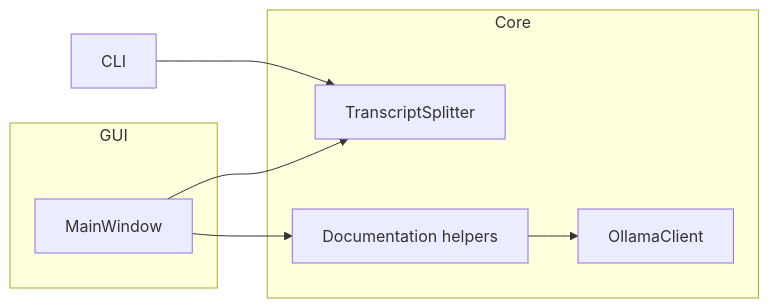
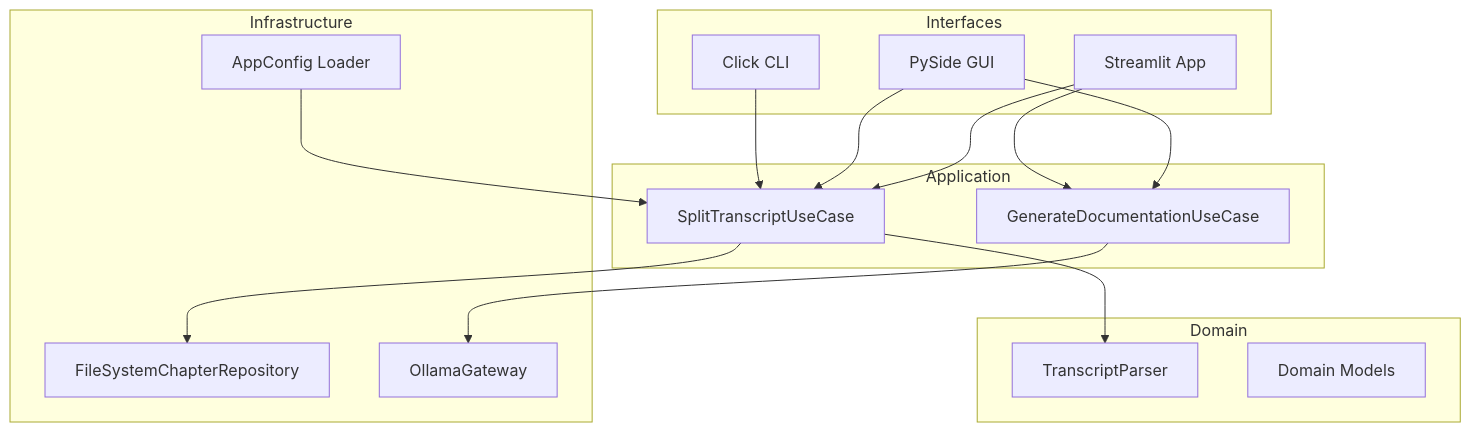
One commit to CagriCatik/Docalypt changed the diagram in docs/ARCHITECTURE.md. Above: the diagram before and after it, drawn with Mermaid. The commit also changed other lines of this file and 77 other files, not shown here.

Commit message:
Refactor architecture and add Streamlit interface

````diff
--- a/docs/ARCHITECTURE.md
+++ b/docs/ARCHITECTURE.md
@@ -13,19 +6,34 @@
 ```mermaid
-graph LR
-    subgraph Core
-        S[TranscriptSplitter]
-        D[Documentation helpers]
-        O[OllamaClient]
+graph TD
+    subgraph Domain
+        Parser[TranscriptParser]
+        Models[Domain Models]
     end
 
-    subgraph GUI
-        MW[MainWindow]
+    subgraph Application
+        SplitUseCase[SplitTranscriptUseCase]
+        DocsUseCase[GenerateDocumentationUseCase]
     end
 
-    CLI[CLI]
+    subgraph Infrastructure
+        Repo[FileSystemChapterRepository]
+        Config[AppConfig Loader]
+        Gateway[OllamaGateway]
+    end
 
-    CLI --> S
-    MW --> S
-    MW --> D
-    D --> O
+    subgraph Interfaces
+        CLI[Click CLI]
+        Qt[PySide GUI]
+        Streamlit[Streamlit App]
+    end
+
+    CLI --> SplitUseCase
+    Qt --> SplitUseCase
+    Streamlit --> SplitUseCase
+    Streamlit --> DocsUseCase
+    Qt --> DocsUseCase
+    SplitUseCase --> Parser
+    SplitUseCase --> Repo
+    DocsUseCase --> Gateway
+    Config --> SplitUseCase
 ```
````
